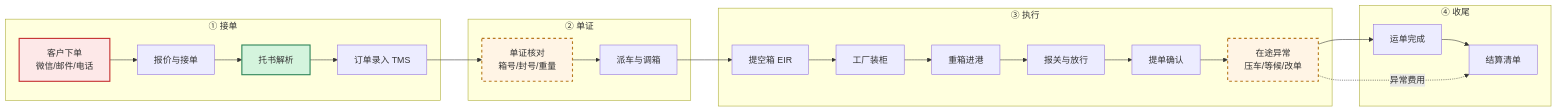
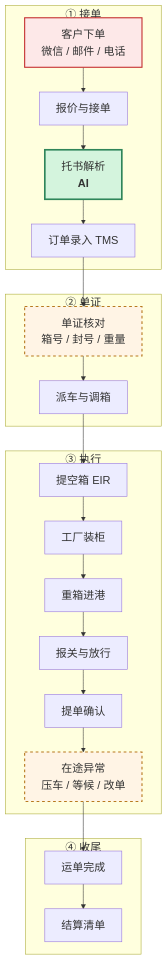
The first of 4 diagrams in 会客包/10_业务与财务流程图.md (roma007/Enterprise-AI), drawn with Mermaid before and after one commit. The commit also changed other lines of this file, not shown here.

First line of the commit message:
流程图放大：字号 20px、按原尺寸渲染、拆宽图

````diff
--- a/会客包/10_业务与财务流程图.md
+++ b/会客包/10_业务与财务流程图.md
@@ -13,39 +13,45 @@
 ```mermaid
-flowchart LR
-  subgraph 接单["① 接单"]
-    A1["客户下单<br/>微信/邮件/电话"]
+%%{init: {"themeVariables": {"fontSize": "20px", "fontFamily": "-apple-system, \"PingFang SC\", sans-serif"}, "flowchart": {"useMaxWidth": false, "nodeSpacing": 50, "rankSpacing": 45, "wrappingWidth": 340, "htmlLabels": true}}}%%
+flowchart TB
+  subgraph J["① 接单"]
+    A1["客户下单<br/>微信 / 邮件 / 电话"]
     A2["报价与接单"]
-    A3["托书解析"]
+    A3["托书解析<br/><b>AI</b>"]
     A4["订单录入 TMS"]
+    A1 --> A2 --> A3 --> A4
   end
 
-  subgraph 单证["② 单证"]
-    B1["单证核对<br/>箱号/封号/重量"]
+  subgraph D["② 单证"]
+    B1["单证核对<br/>箱号 / 封号 / 重量"]
     B2["派车与调箱"]
+    B1 --> B2
   end
 
-  subgraph 执行["③ 执行"]
+  subgraph Z["③ 执行"]
     C1["提空箱 EIR"]
     C2["工厂装柜"]
     C3["重箱进港"]
     C4["报关与放行"]
     C5["提单确认"]
-    C6["在途异常<br/>压车/等候/改单"]
+    C6["在途异常<br/>压车 / 等候 / 改单"]
+    C1 --> C2 --> C3 --> C4 --> C5 --> C6
   end
 
-  subgraph 收尾["④ 收尾"]
+  subgraph S["④ 收尾"]
     D1["运单完成"]
     D2["结算清单"]
+    D1 --> D2
   end
 
-  A1 --> A2 --> A3 --> A4 --> B1 --> B2 --> C1 --> C2 --> C3 --> C4 --> C5 --> C6 --> D1 --> D2
-  C6 -.->|异常费用| D2
+  A4 --> B1
+  B2 --> C1
+  C6 --> D1
 
-  classDef ai fill:#d4f4dd,stroke:#2f855a,stroke-width:2px
+  classDef ai fill:#d4f4dd,stroke:#2f855a,stroke-width:3px
   classDef plan fill:#fff4e5,stroke:#b7791f,stroke-width:2px,stroke-dasharray:5 5
   classDef pain fill:#fde8e8,stroke:#c53030,stroke-width:2px
 
   class A3 ai
   class B1,C6 plan
   class A1 pain
 ```
````
